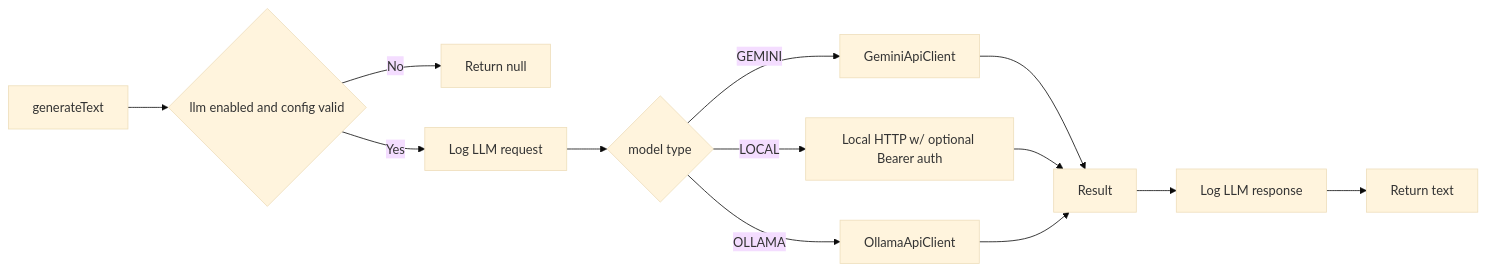
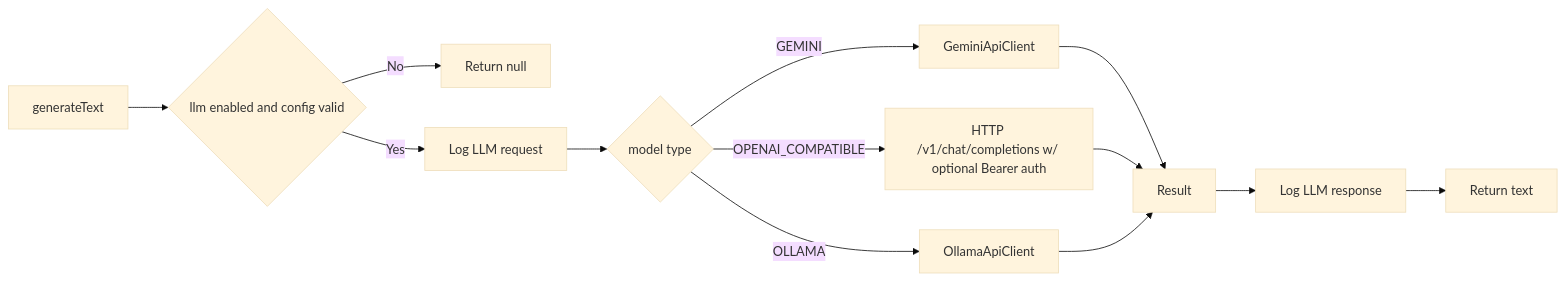
One commit to miaoti/Rest changed diagram 17 of 24 in src/main/resources/My-Example/trainticket/flow.md. Above: the diagram before and after it, drawn with Mermaid (base theme). The commit also changed other lines of this file and 52 other files, not shown here.

````diff
--- a/src/main/resources/My-Example/trainticket/flow.md
+++ b/src/main/resources/My-Example/trainticket/flow.md
@@ -832,15 +832,15 @@
 ```mermaid
 flowchart LR
     A[generateText] --> B{llm enabled and config valid}
     B -->|No| C[Return null]
     B -->|Yes| D[Log LLM request]
     D --> E{model type}
     E -- GEMINI --> F[GeminiApiClient]
-    E -- LOCAL --> G[Local HTTP w/ optional Bearer auth]
+    E -- OPENAI_COMPATIBLE --> G[HTTP /v1/chat/completions w/ optional Bearer auth]
     E -- OLLAMA --> H[OllamaApiClient]
     F --> I
     G --> I
     H --> I[Result]
     I --> J[Log LLM response]
     J --> K[Return text]
 ```
````
